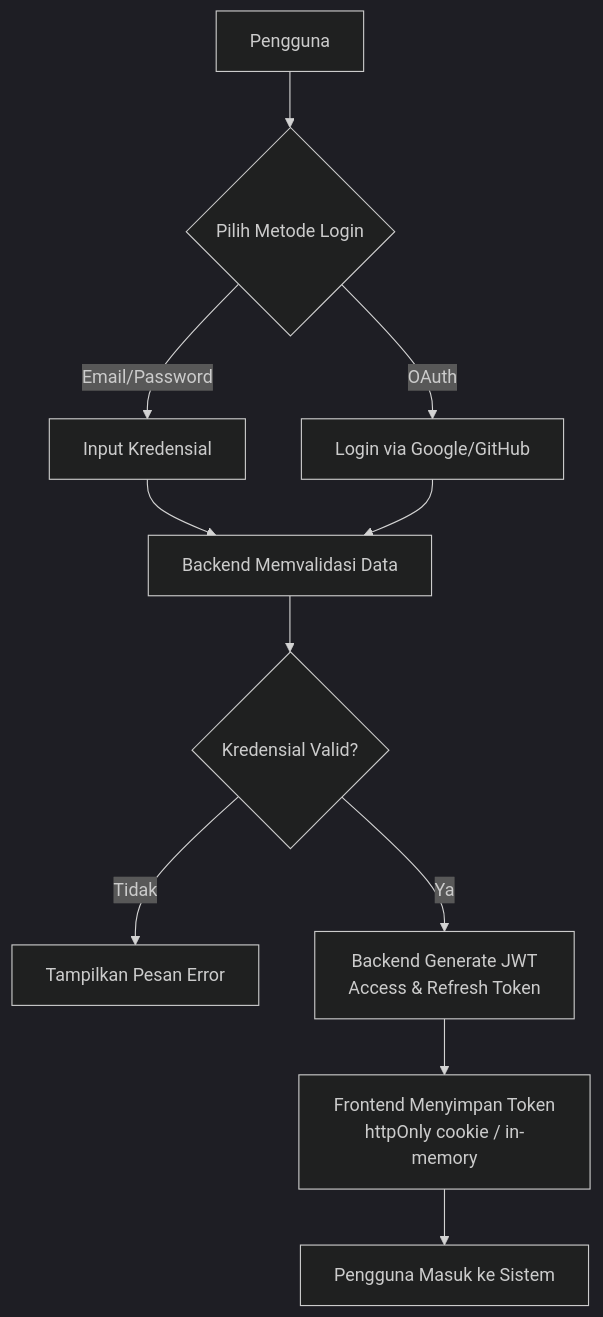
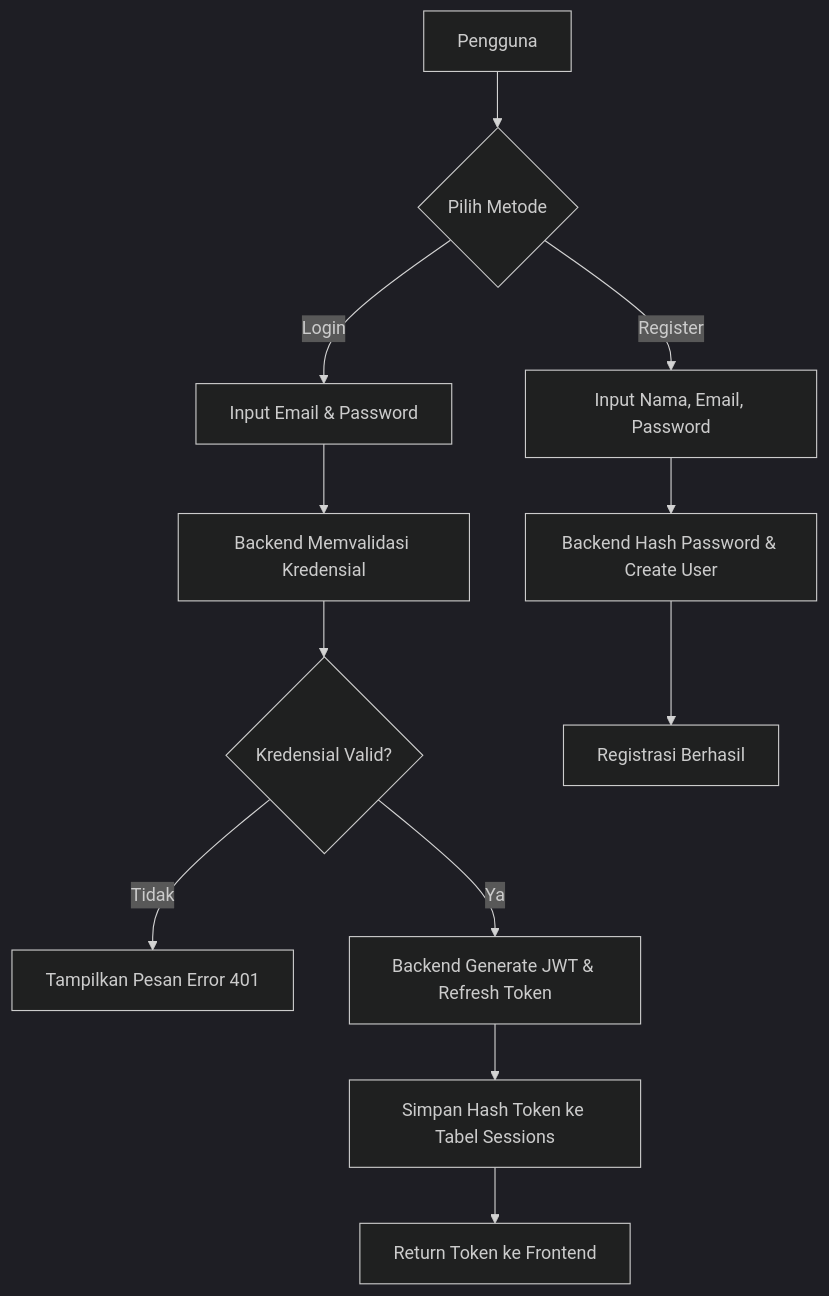
The first of 7 diagrams in CodingStudy/documentations/Flowcharts.md (huqong282-lab/coding-study-fe), drawn with Mermaid (dark theme) before and after one commit. The commit also changed other lines of this file and 2 other files, not shown here.

Commit message:
docs: initialize project development task management and update authentication flowchart documentation

````diff
--- a/CodingStudy/documentations/Flowcharts.md
+++ b/CodingStudy/documentations/Flowcharts.md
@@ -8,13 +8,14 @@
 ```mermaid
 graph TD
-    A[Pengguna] --> B{Pilih Metode Login}
-    B -->|Email/Password| C[Input Kredensial]
-    B -->|OAuth| D[Login via Google/GitHub]
-    C --> E[Backend Memvalidasi Data]
-    D --> E
-    E --> F{Kredensial Valid?}
-    F -->|Tidak| G[Tampilkan Pesan Error]
-    F -->|Ya| H[Backend Generate JWT<br>Access & Refresh Token]
-    H --> I[Frontend Menyimpan Token<br>httpOnly cookie / in-memory]
-    I --> J[Pengguna Masuk ke Sistem]
+    A[Pengguna] --> B{Pilih Metode}
+    B -->|Register| C[Input Nama, Email, Password]
+    B -->|Login| D[Input Email & Password]
+    C --> E[Backend Hash Password & Create User]
+    D --> F[Backend Memvalidasi Kredensial]
+    F --> G{Kredensial Valid?}
+    G -->|Tidak| H[Tampilkan Pesan Error 401]
+    G -->|Ya| I[Backend Generate JWT & Refresh Token]
+    I --> J[Simpan Hash Token ke Tabel Sessions]
+    J --> K[Return Token ke Frontend]
+    E --> L[Registrasi Berhasil]
 ```
````
